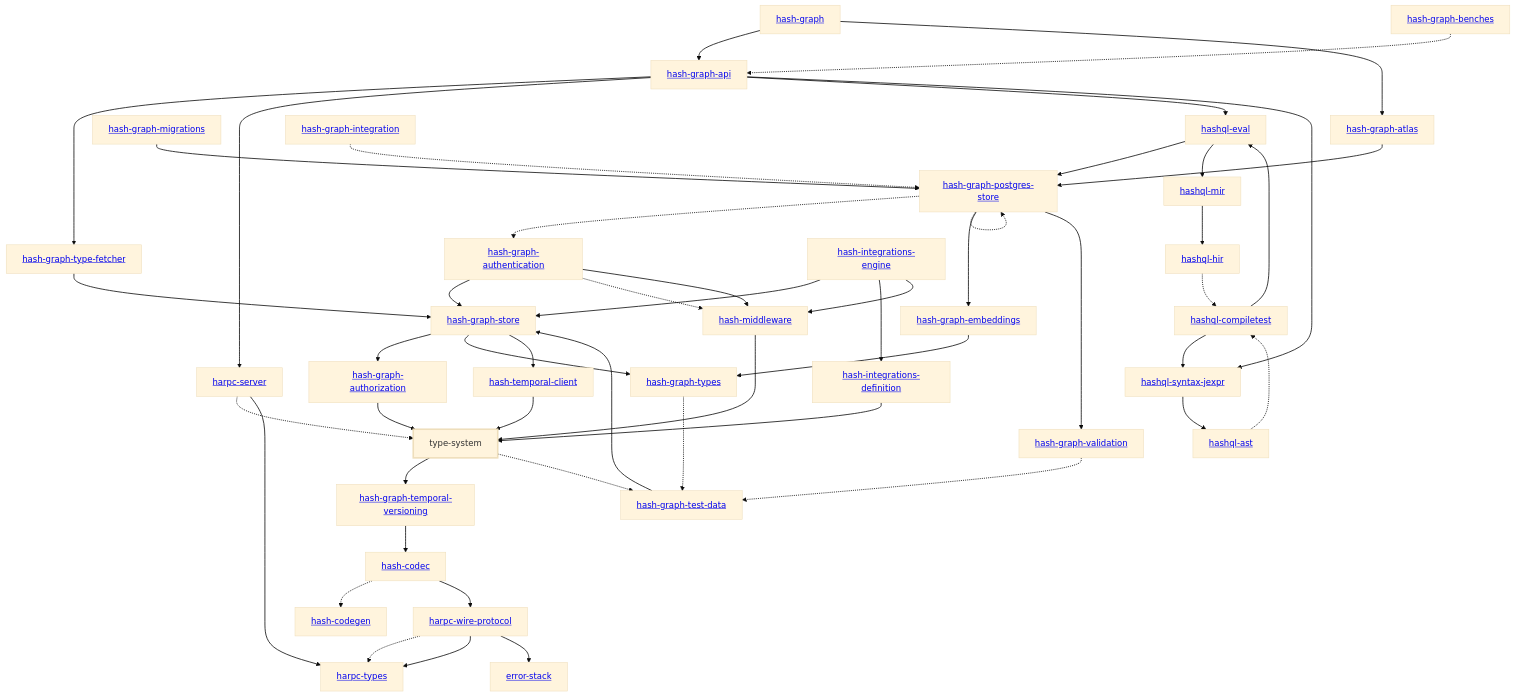
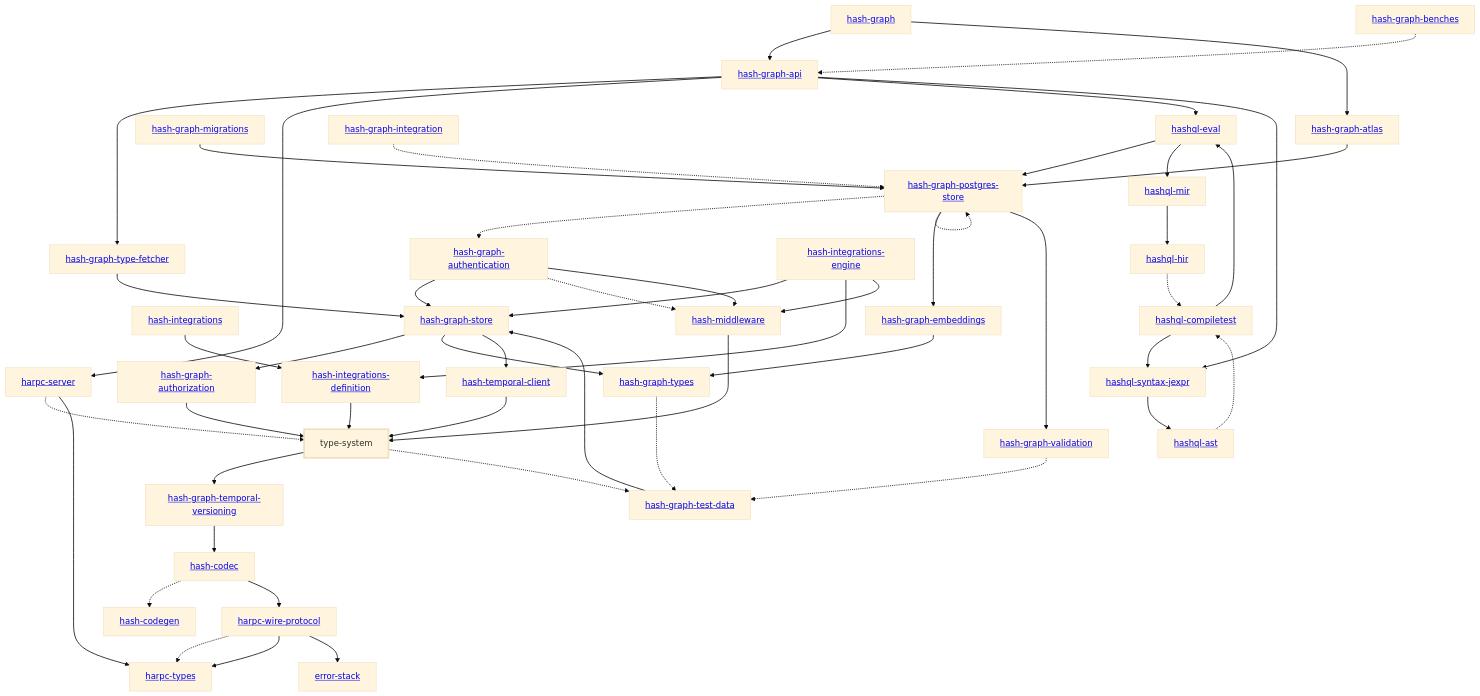
One commit to hashintel/hash changed the diagram in libs/@blockprotocol/type-system/rust/docs/dependency-diagram.mmd. Above: the diagram before and after it, drawn with Mermaid (base theme). The commit also changed 17 other files, not shown here.

```diff
--- a/libs/@blockprotocol/type-system/rust/docs/dependency-diagram.mmd
+++ b/libs/@blockprotocol/type-system/rust/docs/dependency-diagram.mmd
@@ -1,94 +1,96 @@
 graph TD
     linkStyle default stroke-width:1.5px
     classDef default stroke-width:1px
     classDef root stroke-width:3px
     classDef dev stroke-width:1px
     classDef build stroke-width:1px
     %% Legend
     %% --> : Normal dependency
     %% -.-> : Dev dependency
     %% ---> : Build dependency
     0[<a href="../hash_graph/index.html">hash-graph</a>]
-    1[type-system]
-    class 1 root
-    2[<a href="../hash_codec/index.html">hash-codec</a>]
-    3[<a href="../hash_codegen/index.html">hash-codegen</a>]
-    4[<a href="../hash_graph_api/index.html">hash-graph-api</a>]
-    5[<a href="../hash_graph_atlas/index.html">hash-graph-atlas</a>]
-    6[<a href="../hash_graph_authentication/index.html">hash-graph-authentication</a>]
-    7[<a href="../hash_graph_authorization/index.html">hash-graph-authorization</a>]
-    8[<a href="../hash_graph_embeddings/index.html">hash-graph-embeddings</a>]
-    9[<a href="../hash_graph_migrations/index.html">hash-graph-migrations</a>]
-    10[<a href="../hash_graph_postgres_store/index.html">hash-graph-postgres-store</a>]
-    11[<a href="../hash_graph_store/index.html">hash-graph-store</a>]
-    12[<a href="../hash_graph_temporal_versioning/index.html">hash-graph-temporal-versioning</a>]
-    13[<a href="../hash_graph_type_fetcher/index.html">hash-graph-type-fetcher</a>]
-    14[<a href="../hash_graph_types/index.html">hash-graph-types</a>]
-    15[<a href="../hash_graph_validation/index.html">hash-graph-validation</a>]
-    16[<a href="../harpc_server/index.html">harpc-server</a>]
-    17[<a href="../harpc_types/index.html">harpc-types</a>]
-    18[<a href="../harpc_wire_protocol/index.html">harpc-wire-protocol</a>]
-    19[<a href="../hashql_ast/index.html">hashql-ast</a>]
-    20[<a href="../hashql_compiletest/index.html">hashql-compiletest</a>]
-    21[<a href="../hashql_eval/index.html">hashql-eval</a>]
-    22[<a href="../hashql_hir/index.html">hashql-hir</a>]
-    23[<a href="../hashql_mir/index.html">hashql-mir</a>]
-    24[<a href="../hashql_syntax_jexpr/index.html">hashql-syntax-jexpr</a>]
-    25[<a href="../hash_integrations_definition/index.html">hash-integrations-definition</a>]
-    26[<a href="../hash_integrations_engine/index.html">hash-integrations-engine</a>]
-    27[<a href="../hash_middleware/index.html">hash-middleware</a>]
-    28[<a href="../hash_temporal_client/index.html">hash-temporal-client</a>]
-    29[<a href="../error_stack/index.html">error-stack</a>]
-    30[<a href="../hash_graph_benches/index.html">hash-graph-benches</a>]
-    31[<a href="../hash_graph_integration/index.html">hash-graph-integration</a>]
-    32[<a href="../hash_graph_test_data/index.html">hash-graph-test-data</a>]
-    0 --> 4
+    1[<a href="../hash_integrations/index.html">hash-integrations</a>]
+    2[type-system]
+    class 2 root
+    3[<a href="../hash_codec/index.html">hash-codec</a>]
+    4[<a href="../hash_codegen/index.html">hash-codegen</a>]
+    5[<a href="../hash_graph_api/index.html">hash-graph-api</a>]
+    6[<a href="../hash_graph_atlas/index.html">hash-graph-atlas</a>]
+    7[<a href="../hash_graph_authentication/index.html">hash-graph-authentication</a>]
+    8[<a href="../hash_graph_authorization/index.html">hash-graph-authorization</a>]
+    9[<a href="../hash_graph_embeddings/index.html">hash-graph-embeddings</a>]
+    10[<a href="../hash_graph_migrations/index.html">hash-graph-migrations</a>]
+    11[<a href="../hash_graph_postgres_store/index.html">hash-graph-postgres-store</a>]
+    12[<a href="../hash_graph_store/index.html">hash-graph-store</a>]
+    13[<a href="../hash_graph_temporal_versioning/index.html">hash-graph-temporal-versioning</a>]
+    14[<a href="../hash_graph_type_fetcher/index.html">hash-graph-type-fetcher</a>]
+    15[<a href="../hash_graph_types/index.html">hash-graph-types</a>]
+    16[<a href="../hash_graph_validation/index.html">hash-graph-validation</a>]
+    17[<a href="../harpc_server/index.html">harpc-server</a>]
+    18[<a href="../harpc_types/index.html">harpc-types</a>]
+    19[<a href="../harpc_wire_protocol/index.html">harpc-wire-protocol</a>]
+    20[<a href="../hashql_ast/index.html">hashql-ast</a>]
+    21[<a href="../hashql_compiletest/index.html">hashql-compiletest</a>]
+    22[<a href="../hashql_eval/index.html">hashql-eval</a>]
+    23[<a href="../hashql_hir/index.html">hashql-hir</a>]
+    24[<a href="../hashql_mir/index.html">hashql-mir</a>]
+    25[<a href="../hashql_syntax_jexpr/index.html">hashql-syntax-jexpr</a>]
+    26[<a href="../hash_integrations_definition/index.html">hash-integrations-definition</a>]
+    27[<a href="../hash_integrations_engine/index.html">hash-integrations-engine</a>]
+    28[<a href="../hash_middleware/index.html">hash-middleware</a>]
+    29[<a href="../hash_temporal_client/index.html">hash-temporal-client</a>]
+    30[<a href="../error_stack/index.html">error-stack</a>]
+    31[<a href="../hash_graph_benches/index.html">hash-graph-benches</a>]
+    32[<a href="../hash_graph_integration/index.html">hash-graph-integration</a>]
+    33[<a href="../hash_graph_test_data/index.html">hash-graph-test-data</a>]
     0 --> 5
-    1 --> 12
-    1 -.-> 32
-    2 -.-> 3
-    2 --> 18
-    4 --> 13
-    4 --> 16
-    4 --> 21
-    4 --> 24
-    5 --> 10
+    0 --> 6
+    1 --> 26
+    2 --> 13
+    2 -.-> 33
+    3 -.-> 4
+    3 --> 19
+    5 --> 14
+    5 --> 17
+    5 --> 22
+    5 --> 25
     6 --> 11
-    6 -.-> 27
-    6 --> 27
-    7 --> 1
-    8 --> 14
-    9 --> 10
-    10 -.-> 6
-    10 --> 8
-    10 -.-> 10
-    10 --> 15
-    11 --> 7
-    11 --> 14
-    11 --> 28
-    12 --> 2
-    13 --> 11
-    14 -.-> 32
-    15 -.-> 32
-    16 -.-> 1
-    16 --> 17
-    18 -.-> 17
-    18 --> 17
-    18 --> 29
-    19 -.-> 20
-    20 --> 21
-    20 --> 24
-    21 --> 10
-    21 --> 23
-    22 -.-> 20
-    23 --> 22
-    24 --> 19
-    25 --> 1
-    26 --> 11
-    26 --> 25
-    26 --> 27
-    27 --> 1
-    28 --> 1
-    30 -.-> 4
-    31 -.-> 10
-    32 --> 11
+    7 --> 12
+    7 -.-> 28
+    7 --> 28
+    8 --> 2
+    9 --> 15
+    10 --> 11
+    11 -.-> 7
+    11 --> 9
+    11 -.-> 11
+    11 --> 16
+    12 --> 8
+    12 --> 15
+    12 --> 29
+    13 --> 3
+    14 --> 12
+    15 -.-> 33
+    16 -.-> 33
+    17 -.-> 2
+    17 --> 18
+    19 -.-> 18
+    19 --> 18
+    19 --> 30
+    20 -.-> 21
+    21 --> 22
+    21 --> 25
+    22 --> 11
+    22 --> 24
+    23 -.-> 21
+    24 --> 23
+    25 --> 20
+    26 --> 2
+    27 --> 12
+    27 --> 26
+    27 --> 28
+    28 --> 2
+    29 --> 2
+    31 -.-> 5
+    32 -.-> 11
+    33 --> 12
```
